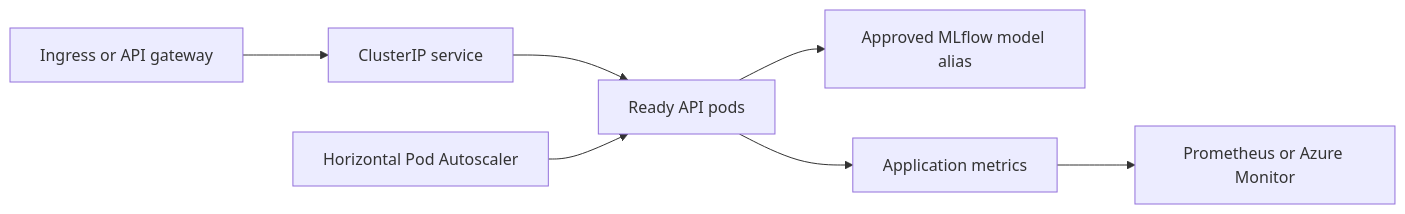
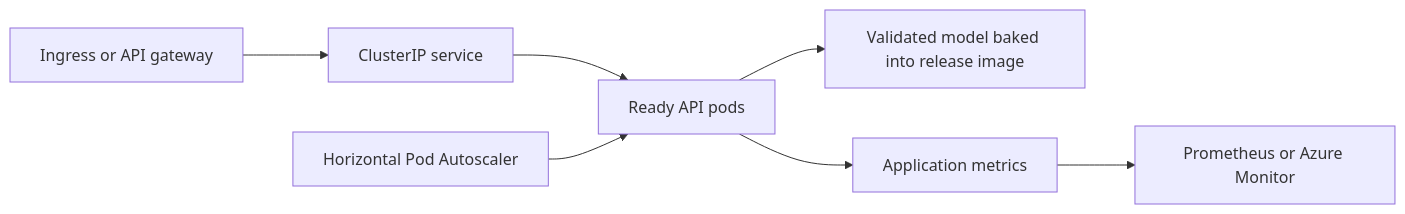
Before and after one commit to mrdata355/hospitality-data-mlops-reference-platform: the diagram in k8s/README.md, drawn with Mermaid. The commit also changed other lines of this file, not shown here.

Commit message:
Align Kubernetes guide with runnable release path

````diff
--- a/k8s/README.md
+++ b/k8s/README.md
@@ -21,9 +23,9 @@
 ```mermaid
 flowchart LR
     A[Ingress or API gateway] --> B[ClusterIP service]
     B --> C[Ready API pods]
-    C --> D[Approved MLflow model alias]
+    C --> D[Validated model baked into release image]
     C --> E[Application metrics]
     E --> F[Prometheus or Azure Monitor]
     G[Horizontal Pod Autoscaler] --> C
 ```
````
